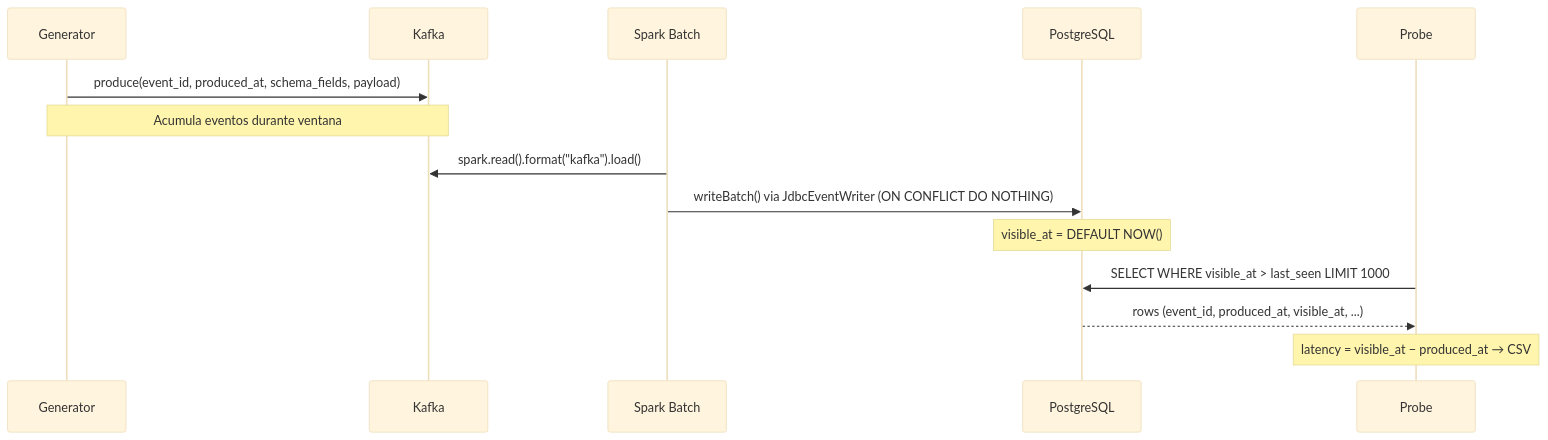
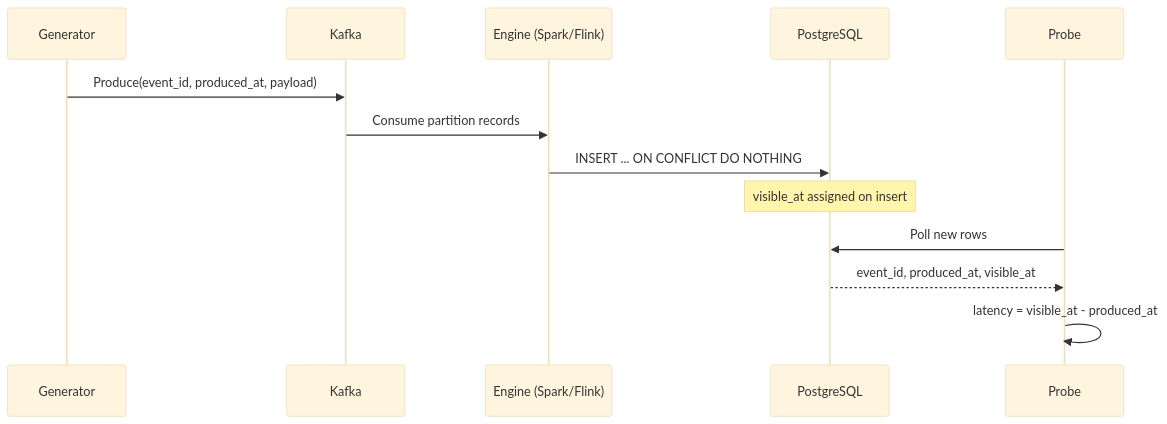
Before and after one commit to JohanCifuentes03/data-ingestion-strategies: the third of 3 diagrams in docs/architecture.md, drawn with Mermaid (base theme). The commit also changed other lines of this file and 75 other files, not shown here.

````diff
--- a/docs/architecture.md
+++ b/docs/architecture.md
@@ -65,17 +80,16 @@
 ```mermaid
 sequenceDiagram
     participant G as Generator
     participant K as Kafka
-    participant SB as Spark Batch
-    participant PG as PostgreSQL
+    participant E as Engine (Spark/Flink)
+    participant D as PostgreSQL
     participant P as Probe
 
-    G->>K: produce(event_id, produced_at, schema_fields, payload)
-    Note over G,K: Acumula eventos durante ventana
-    SB->>K: spark.read().format("kafka").load()
-    SB->>PG: writeBatch() via JdbcEventWriter (ON CONFLICT DO NOTHING)
-    Note over PG: visible_at = DEFAULT NOW()
-    P->>PG: SELECT WHERE visible_at > last_seen LIMIT 1000
-    PG-->>P: rows (event_id, produced_at, visible_at, ...)
-    Note over P: latency = visible_at − produced_at → CSV
+    G->>K: Produce(event_id, produced_at, payload)
+    K->>E: Consume partition records
+    E->>D: INSERT ... ON CONFLICT DO NOTHING
+    Note over D: visible_at assigned on insert
+    P->>D: Poll new rows
+    D-->>P: event_id, produced_at, visible_at
+    P->>P: latency = visible_at - produced_at
 ```
````
